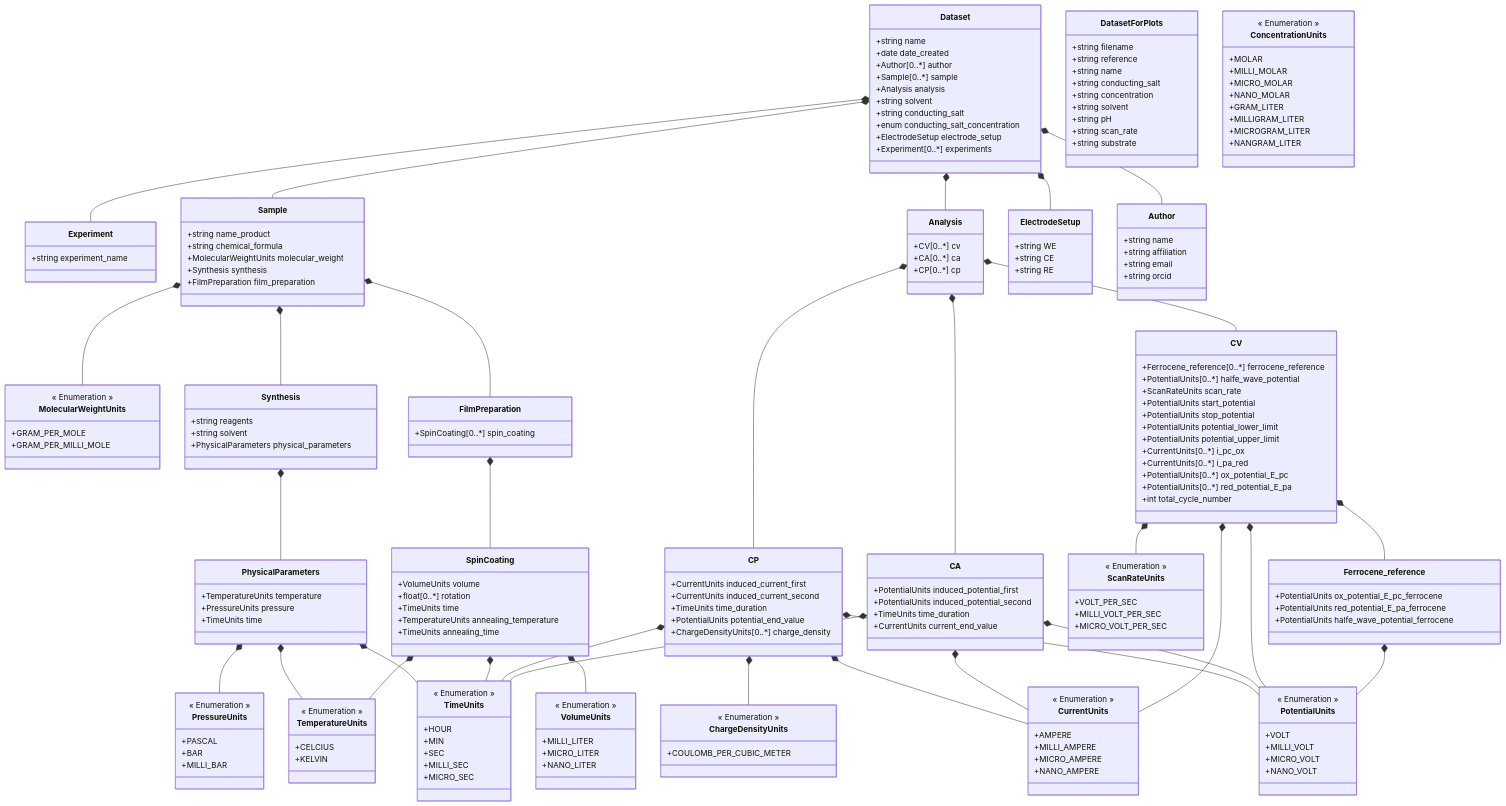
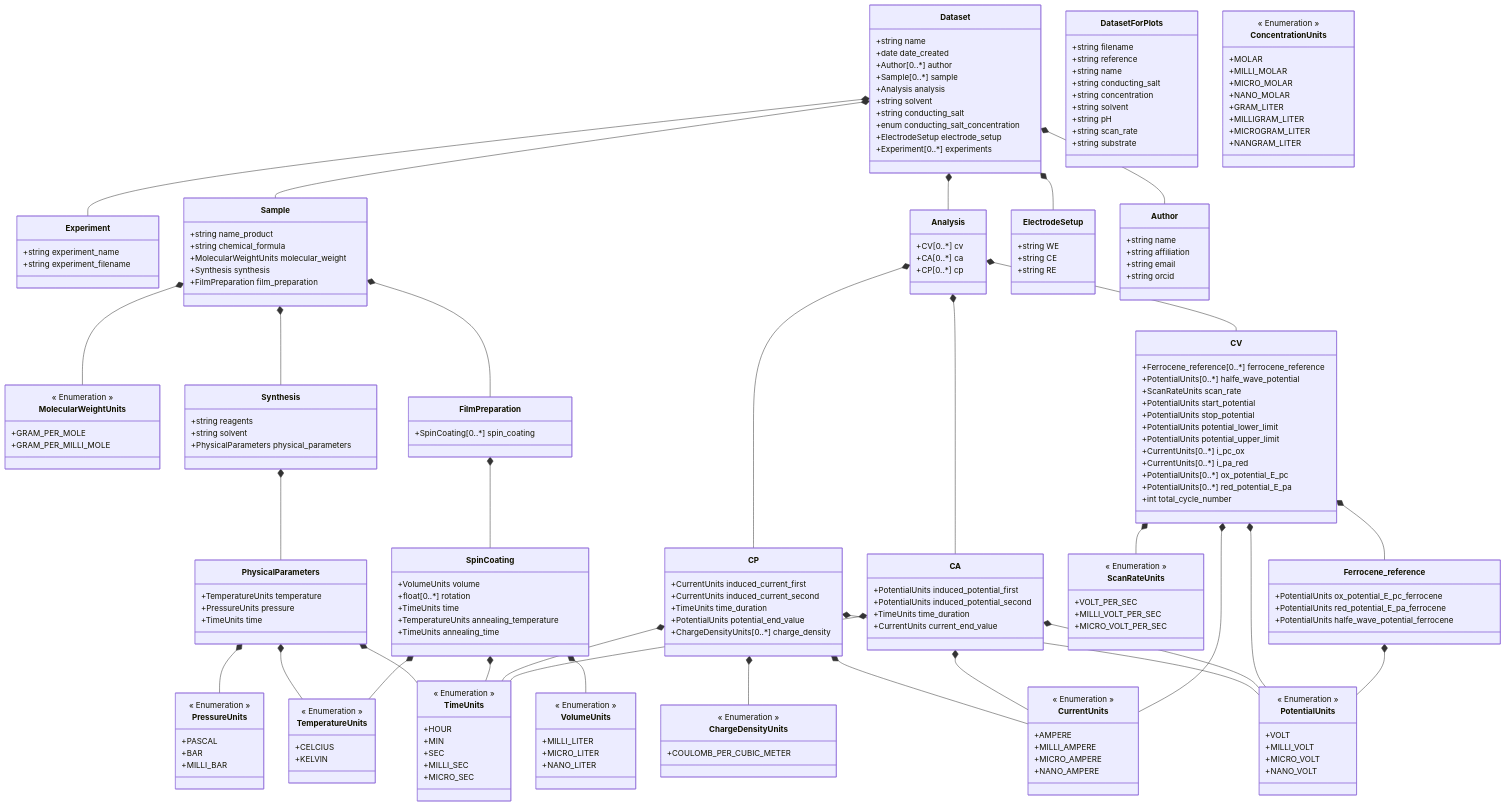
Before and after one commit to FAIRChemistry/datamodel-electrochemistry: the diagram in ElectrochemistryDataModel/schemes/electrochemistrydatamodel_schema.md, drawn with Mermaid. The commit also changed 16 other files, not shown here.

```diff
--- a/ElectrochemistryDataModel/schemes/electrochemistrydatamodel_schema.md
+++ b/ElectrochemistryDataModel/schemes/electrochemistrydatamodel_schema.md
@@ -47,6 +47,7 @@
     
     class Experiment {
         +string experiment_name
+        +string experiment_filename
     }
     
     class Sample {
```
